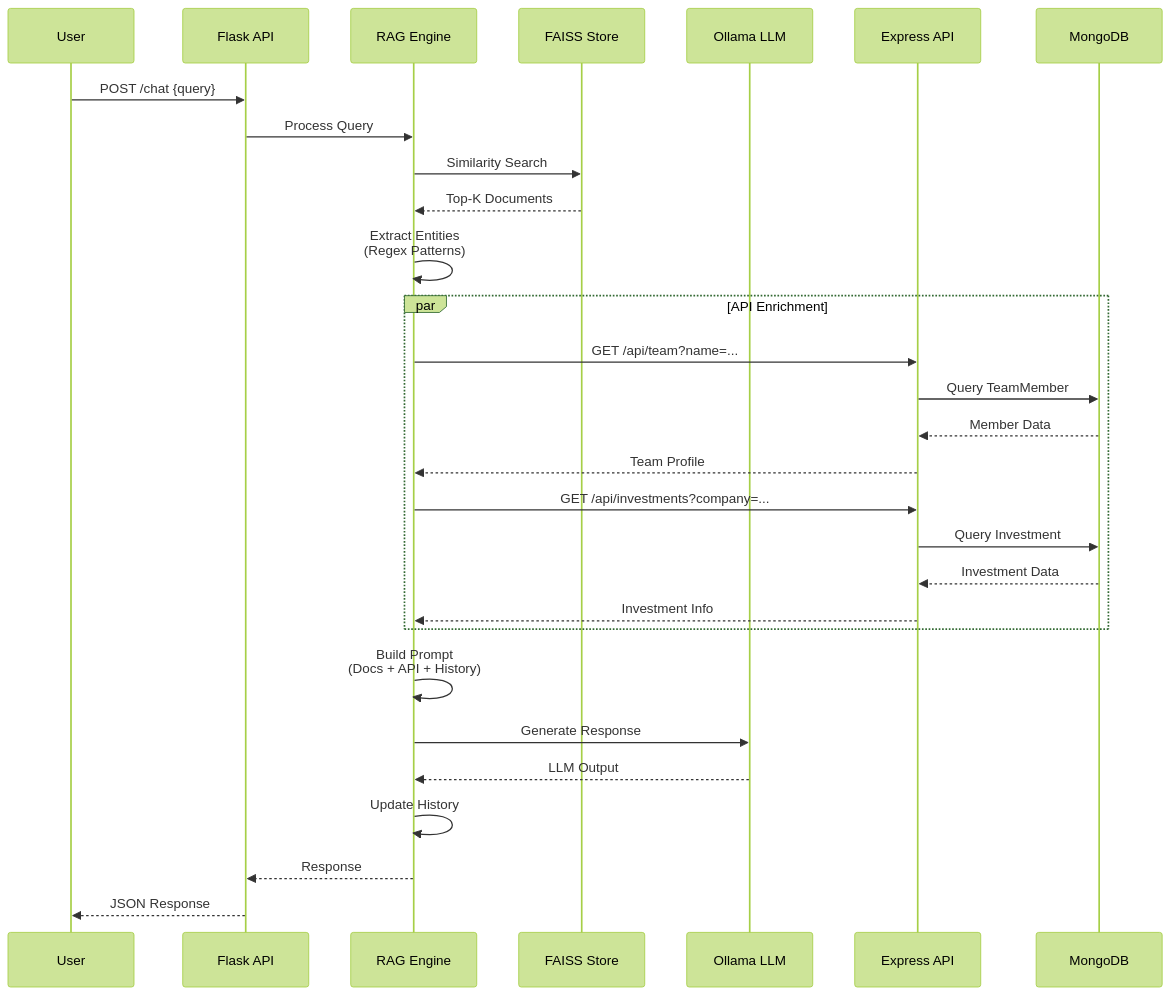
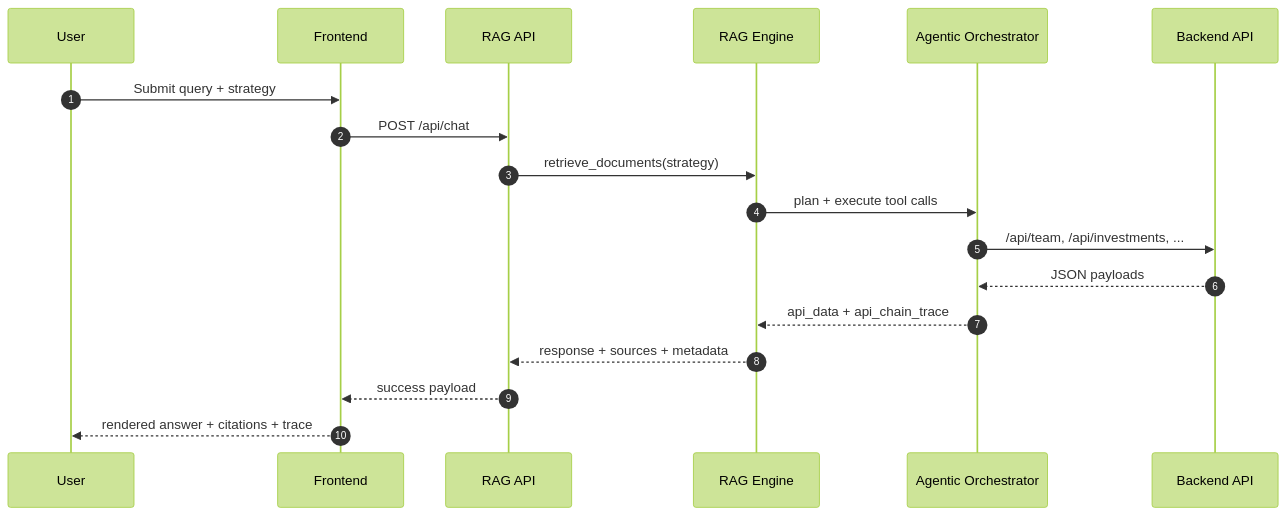
One commit to yamposskype/AI-RAG-LangChain changed the fourth of 10 diagrams in README.md. Above: the diagram before and after it, drawn with Mermaid (forest theme). The commit also changed other lines of this file and 164 other files, not shown here.

````diff
--- a/README.md
+++ b/README.md
@@ -143,39 +250,21 @@
 ```mermaid
 sequenceDiagram
-    participant U as User
-    participant F as Flask API
-    participant R as RAG Engine
-    participant V as FAISS Store
-    participant L as Ollama LLM
-    participant E as Express API
-    participant M as MongoDB
+    autonumber
+    participant User
+    participant FE as Frontend
+    participant RAG as RAG API
+    participant ENG as RAG Engine
+    participant ORCH as Agentic Orchestrator
+    participant BE as Backend API
 
-    U->>F: POST /chat {query}
-    F->>R: Process Query
-
-    R->>V: Similarity Search
-    V-->>R: Top-K Documents
-
-    R->>R: Extract Entities<br/>(Regex Patterns)
-
-    par API Enrichment
-        R->>E: GET /api/team?name=...
-        E->>M: Query TeamMember
-        M-->>E: Member Data
-        E-->>R: Team Profile
-
-        R->>E: GET /api/investments?company=...
-        E->>M: Query Investment
-        M-->>E: Investment Data
-        E-->>R: Investment Info
-    end
-
-    R->>R: Build Prompt<br/>(Docs + API + History)
-
-    R->>L: Generate Response
-    L-->>R: LLM Output
-
-    R->>R: Update History
-    R-->>F: Response
-    F-->>U: JSON Response
+    User->>FE: Submit query + strategy
+    FE->>RAG: POST /api/chat
+    RAG->>ENG: retrieve_documents(strategy)
+    ENG->>ORCH: plan + execute tool calls
+    ORCH->>BE: /api/team, /api/investments, ...
+    BE-->>ORCH: JSON payloads
+    ORCH-->>ENG: api_data + api_chain_trace
+    ENG-->>RAG: response + sources + metadata
+    RAG-->>FE: success payload
+    FE-->>User: rendered answer + citations + trace
 ```
````
